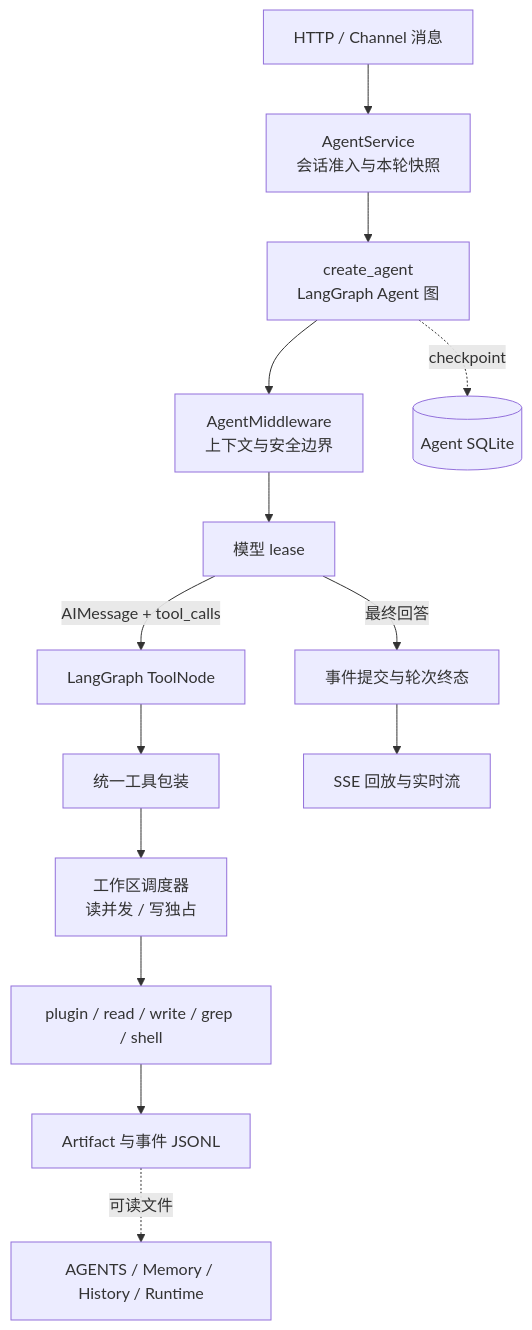
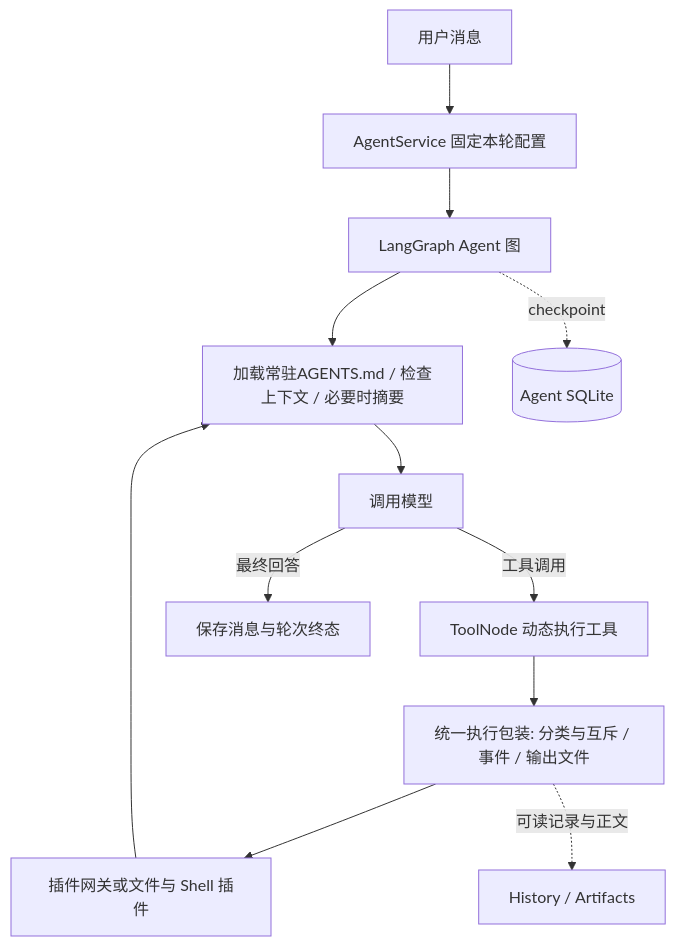
The diagram in openspec/changes/add-file-centric-agent/design.md (striiiiiing/WorkFLowWeave), drawn with Mermaid before and after one commit. The commit also changed other lines of this file and 4 other files, not shown here.

Commit message:
docs(agent): align runtime files and thread retention

````diff
--- a/openspec/changes/add-file-centric-agent/design.md
+++ b/openspec/changes/add-file-centric-agent/design.md
@@ -37,16 +62,14 @@
 ```mermaid
 flowchart TD
-    U[HTTP / Channel 消息] --> S[AgentService<br/>会话准入与本轮快照]
-    S --> G[create_agent<br/>LangGraph Agent 图]
-    G --> C[AgentMiddleware<br/>上下文与安全边界]
-    C --> M[模型 lease]
-    M -->|AIMessage + tool_calls| T[LangGraph ToolNode]
-    T --> W[统一工具包装]
-    W --> L[工作区调度器<br/>读并发 / 写独占]
-    L --> P[plugin / read / write / grep / shell]
-    P --> A[Artifact 与事件 JSONL]
-    M -->|最终回答| E[事件提交与轮次终态]
+    U[用户消息] --> S[AgentService 固定本轮配置]
+    S --> G[LangGraph Agent 图]
+    G --> C[加载常驻AGENTS.md / 检查上下文 / 必要时摘要]
+    C --> M[调用模型]
+    M -->|工具调用| T[ToolNode 动态执行工具]
+    T --> W[统一执行包装: 分类与互斥 / 事件 / 输出文件]
+    W --> P[插件网关或文件与 Shell 插件]
+    P --> C
+    M -->|最终回答| F[保存消息与轮次终态]
     G -. checkpoint .-> DB[(Agent SQLite)]
-    A -. 可读文件 .-> FS[AGENTS / Memory / History / Runtime]
-    E --> SSE[SSE 回放与实时流]
+    W -. 可读记录与正文 .-> FS[History / Artifacts]
 ```
````
